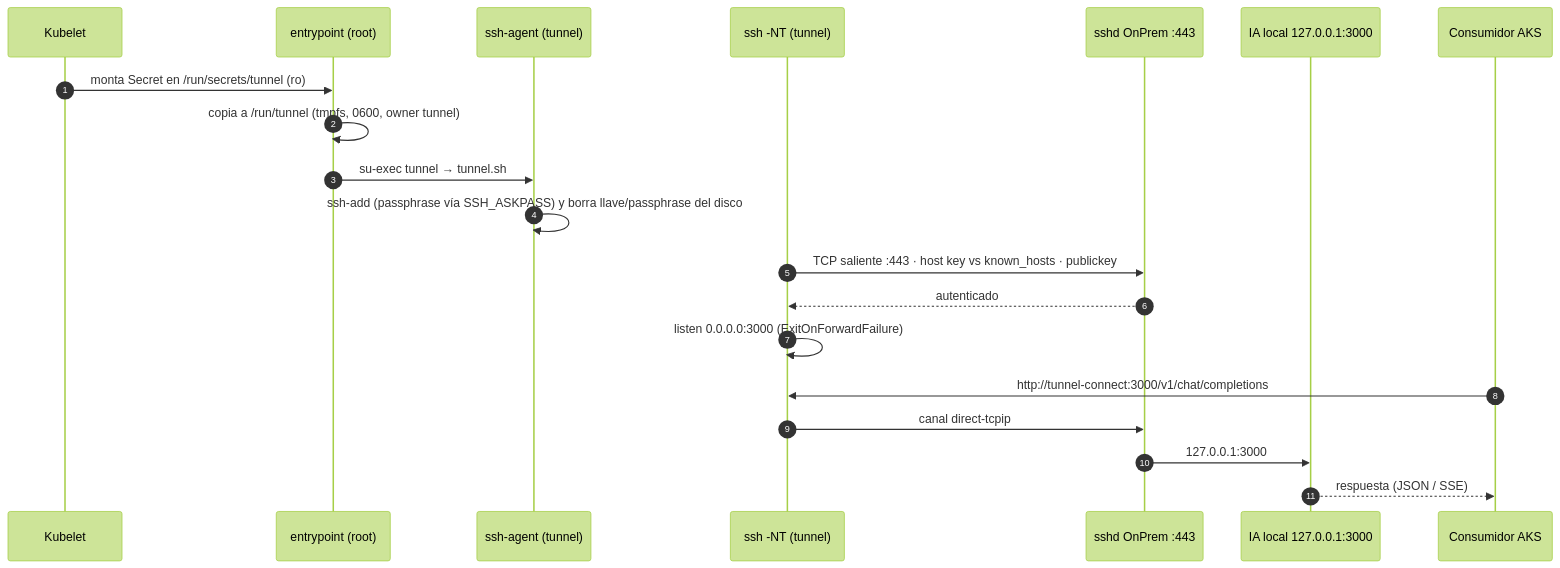
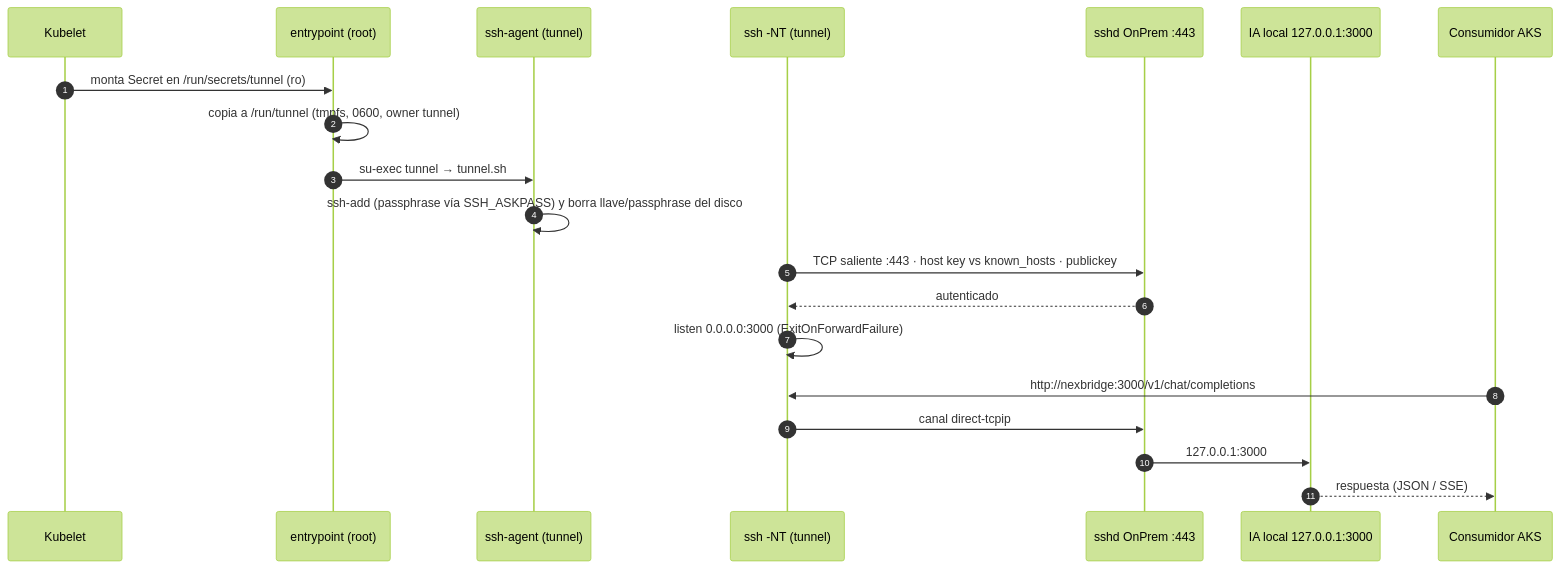
The diagram in docs/docs/architecture/flujo.md (JGandiaC/NexBridge), drawn with Mermaid (forest theme) before and after one commit. The commit also changed other lines of this file and 8 other files, not shown here.

````diff
--- a/docs/docs/architecture/flujo.md
+++ b/docs/docs/architecture/flujo.md
@@ -26,23 +26,23 @@
 ```mermaid
 sequenceDiagram
     autonumber
     participant K as Kubelet
     participant E as entrypoint (root)
     participant A as ssh-agent (tunnel)
     participant S as ssh -NT (tunnel)
     participant O as sshd OnPrem :443
     participant L as IA local 127.0.0.1:3000
     participant C as Consumidor AKS
 
     K->>E: monta Secret en /run/secrets/tunnel (ro)
     E->>E: copia a /run/tunnel (tmpfs, 0600, owner tunnel)
     E->>A: su-exec tunnel → tunnel.sh
     A->>A: ssh-add (passphrase vía SSH_ASKPASS) y borra llave/passphrase del disco
     S->>O: TCP saliente :443 · host key vs known_hosts · publickey
     O-->>S: autenticado
     S->>S: listen 0.0.0.0:3000 (ExitOnForwardFailure)
-    C->>S: http://tunnel-connect:3000/v1/chat/completions
+    C->>S: http://nexbridge:3000/v1/chat/completions
     S->>O: canal direct-tcpip
     O->>L: 127.0.0.1:3000
     L-->>C: respuesta (JSON / SSE)
 ```
````
